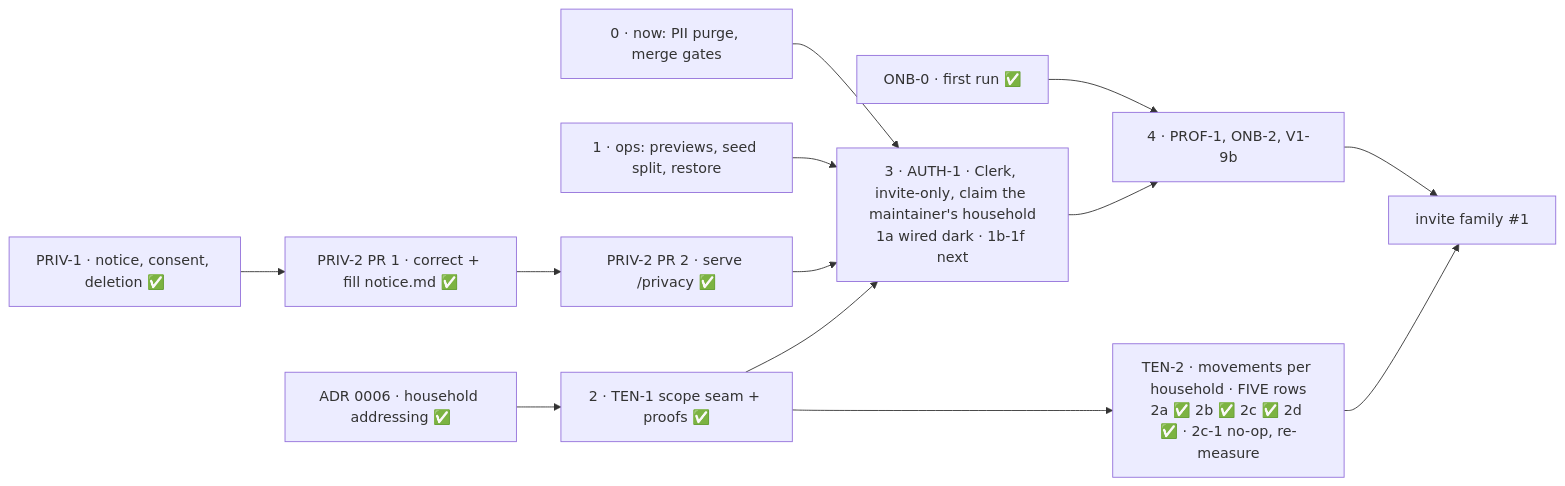
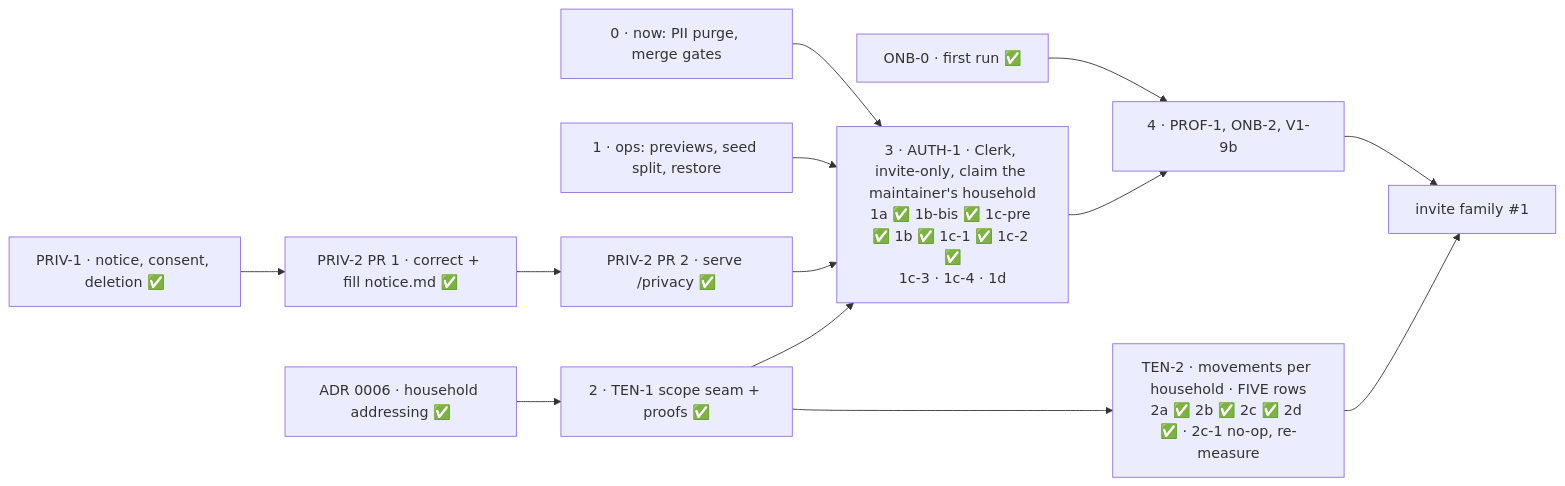
One commit to ralamode/mat-plan changed the diagram in docs/milestones/beta-1.md. Above: the diagram before and after it, drawn with Mermaid. The commit also changed other lines of this file and 18 other files, not shown here.

First line of the commit message:
feat(auth-1c-2): "no household" gets its own screen, before the state is reachable (#313)

````diff
--- a/docs/milestones/beta-1.md
+++ b/docs/milestones/beta-1.md
@@ -77,15 +77,15 @@
 ```mermaid
 flowchart LR
   N[0 · now: PII purge, merge gates] --> AU
   O[1 · ops: previews, seed split, restore] --> AU
   ONB[ONB-0 · first run ✅] --> S
   PRIV[PRIV-1 · notice, consent, deletion ✅] --> P1[PRIV-2 PR 1 · correct + fill notice.md ✅]
   P1 --> P2[PRIV-2 PR 2 · serve /privacy ✅]
   P2 --> AU
   C[ADR 0006 · household addressing ✅] --> T[2 · TEN-1 scope seam + proofs ✅]
-  T --> AU[3 · AUTH-1 · Clerk, invite-only, claim the maintainer's household<br/>1a wired dark · 1b-1f next]
+  T --> AU[3 · AUTH-1 · Clerk, invite-only, claim the maintainer's household<br/>1a ✅ 1b-bis ✅ 1c-pre ✅ 1b ✅ 1c-1 ✅ 1c-2 ✅<br/>1c-3 · 1c-4 · 1d]
   T --> T2[TEN-2 · movements per household · FIVE rows<br/>2a ✅ 2b ✅ 2c ✅ 2d ✅ · 2c-1 no-op, re-measure]
   AU --> S[4 · PROF-1, ONB-2, V1-9b]
   S --> I[invite family #1]
   T2 --> I
 ```
````
